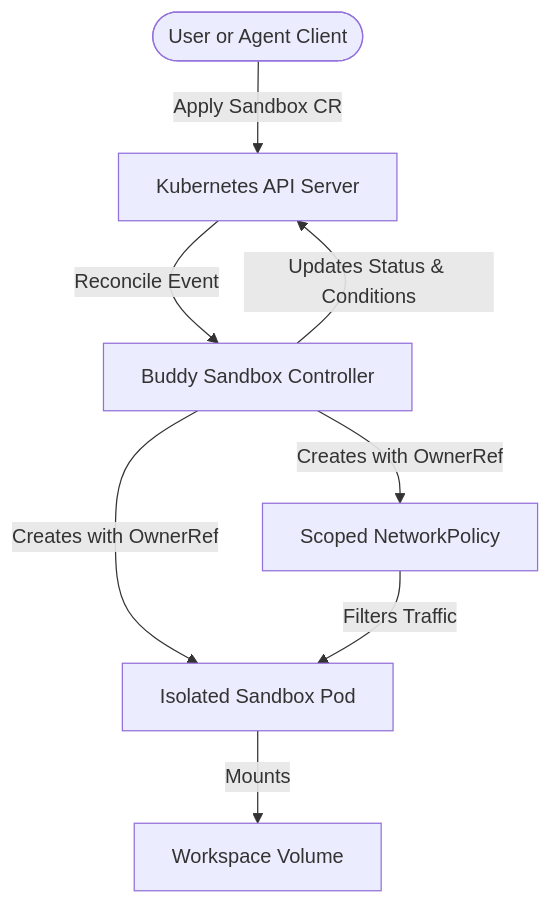
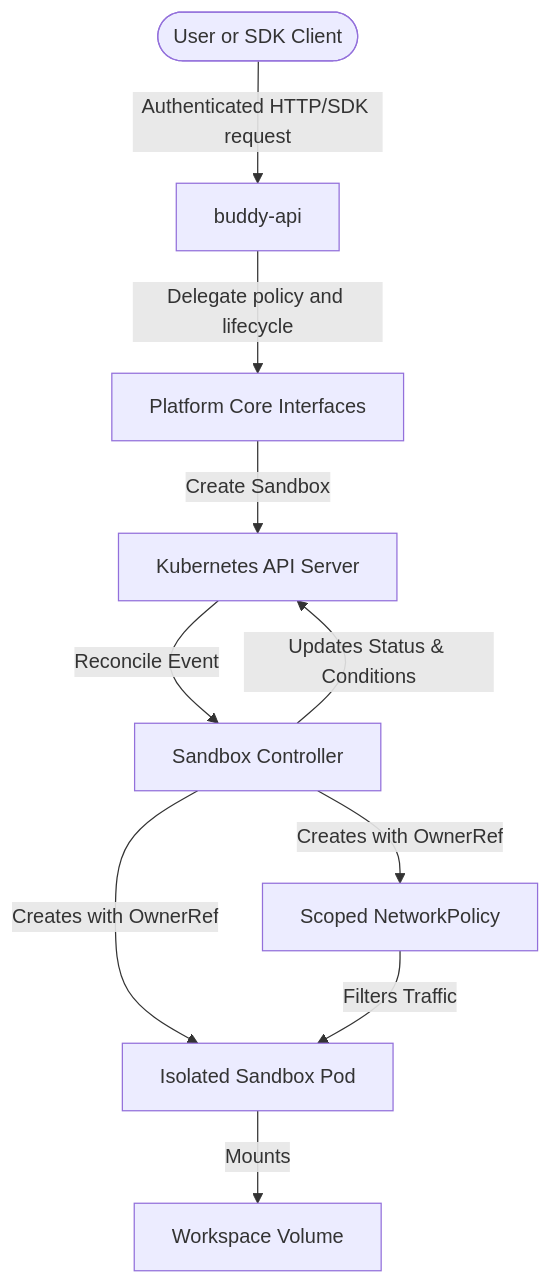
One commit to hoangndst/buddy-sandboxes changed the first of 2 diagrams in docs/architecture.md. Above: the diagram before and after it, drawn with Mermaid. The commit also changed other lines of this file and 36 other files, not shown here.

````diff
--- a/docs/architecture.md
+++ b/docs/architecture.md
@@ -29,10 +31,12 @@
 ```mermaid
 flowchart TD
-    User([User or Agent Client]) -->|Apply Sandbox CR| KubeAPI[Kubernetes API Server]
-    KubeAPI -->|Reconcile Event| Controller[Buddy Sandbox Controller]
+    User([User or SDK Client]) -->|Authenticated HTTP/SDK request| API[buddy-api]
+    API -->|Delegate policy and lifecycle| Core[Platform Core Interfaces]
+    Core -->|Create Sandbox| KubeAPI[Kubernetes API Server]
+    KubeAPI -->|Reconcile Event| Controller[Sandbox Controller]
     Controller -->|Creates with OwnerRef| NetPol[Scoped NetworkPolicy]
     Controller -->|Creates with OwnerRef| Pod[Isolated Sandbox Pod]
     Pod -->|Mounts| Workspace[Workspace Volume]
     NetPol -->|Filters Traffic| Pod
     Controller -->|Updates Status & Conditions| KubeAPI
 ```
````
